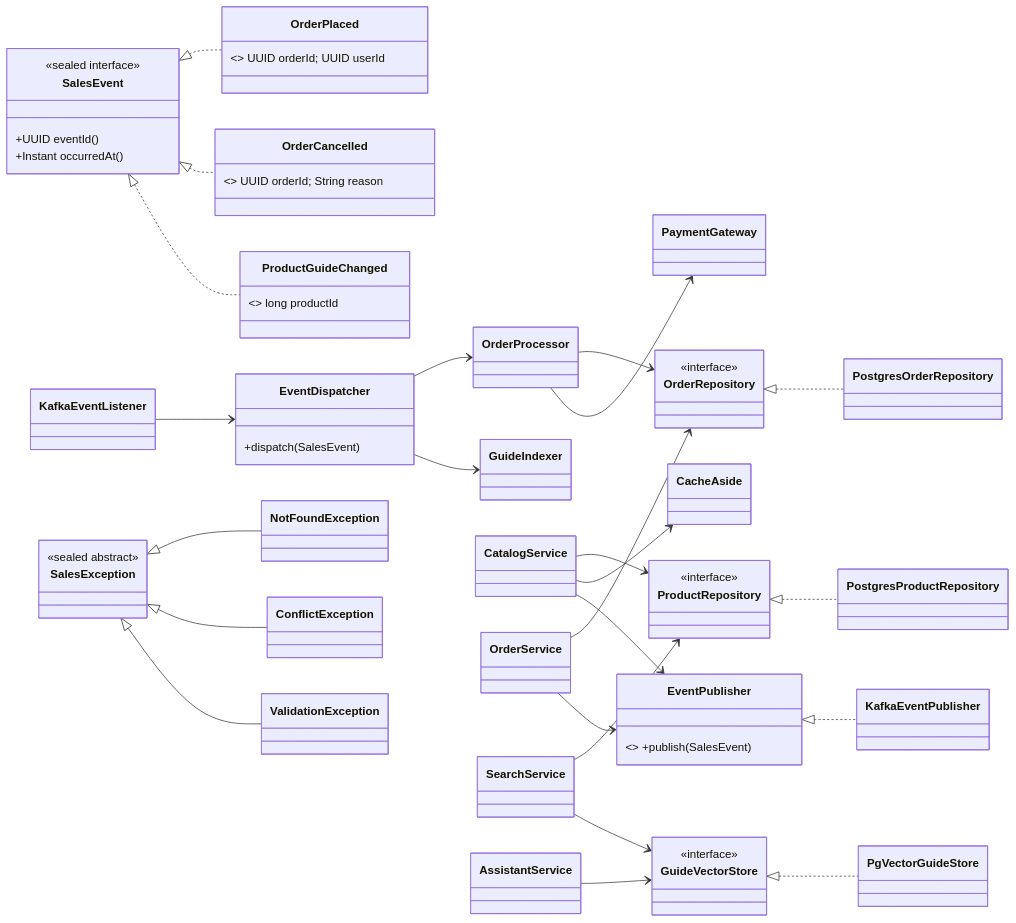
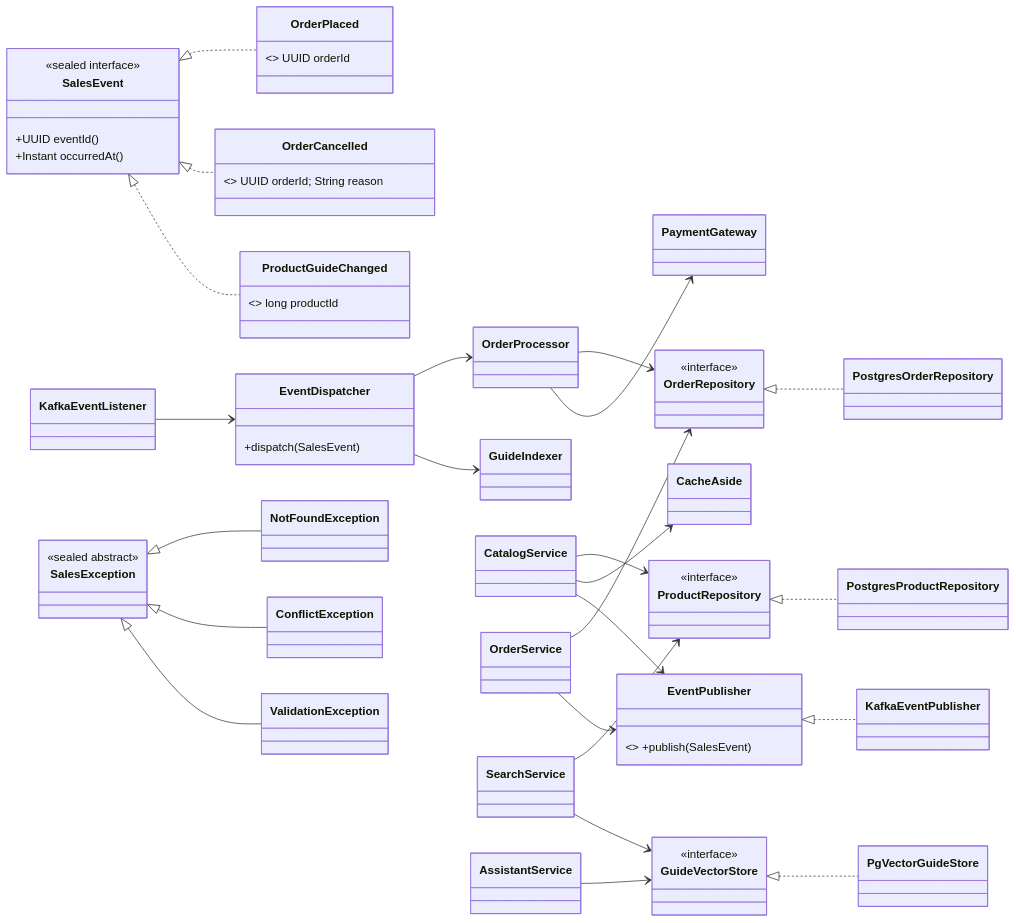
Before and after one commit to yuriorel/sales: the first of 4 diagrams in docs/PLAN.md, drawn with Mermaid. The commit also changed other lines of this file and 28 other files, not shown here.

````diff
--- a/docs/PLAN.md
+++ b/docs/PLAN.md
@@ -189,57 +189,57 @@
 ```mermaid
 classDiagram
     direction LR
     class SalesEvent {
         <<sealed interface>>
         +UUID eventId()
         +Instant occurredAt()
     }
-    class OrderPlaced { <<record>> UUID orderId; UUID userId }
+    class OrderPlaced { <<record>> UUID orderId }
     class OrderCancelled { <<record>> UUID orderId; String reason }
     class ProductGuideChanged { <<record>> long productId }
     SalesEvent <|.. OrderPlaced
     SalesEvent <|.. OrderCancelled
     SalesEvent <|.. ProductGuideChanged
 
     class EventPublisher { <<interface>> +publish(SalesEvent) }
     class KafkaEventPublisher
     EventPublisher <|.. KafkaEventPublisher
     class KafkaEventListener
     class EventDispatcher { +dispatch(SalesEvent) }
     KafkaEventListener --> EventDispatcher
     EventDispatcher --> OrderProcessor
     EventDispatcher --> GuideIndexer
 
     class ProductRepository { <<interface>> }
     class OrderRepository { <<interface>> }
     class GuideVectorStore { <<interface>> }
     class PostgresProductRepository
     class PostgresOrderRepository
     class PgVectorGuideStore
     ProductRepository <|.. PostgresProductRepository
     OrderRepository <|.. PostgresOrderRepository
     GuideVectorStore <|.. PgVectorGuideStore
 
     class CatalogService
     class OrderService
     class SearchService
     class AssistantService
     CatalogService --> ProductRepository
     CatalogService --> CacheAside
     CatalogService --> EventPublisher
     OrderService --> OrderRepository
     OrderService --> EventPublisher
     OrderProcessor --> OrderRepository
     OrderProcessor --> PaymentGateway
     SearchService --> ProductRepository
     SearchService --> GuideVectorStore
     AssistantService --> GuideVectorStore
 
     class SalesException { <<sealed abstract>> }
     class NotFoundException
     class ConflictException
     class ValidationException
     SalesException <|-- NotFoundException
     SalesException <|-- ConflictException
     SalesException <|-- ValidationException
 ```
````
